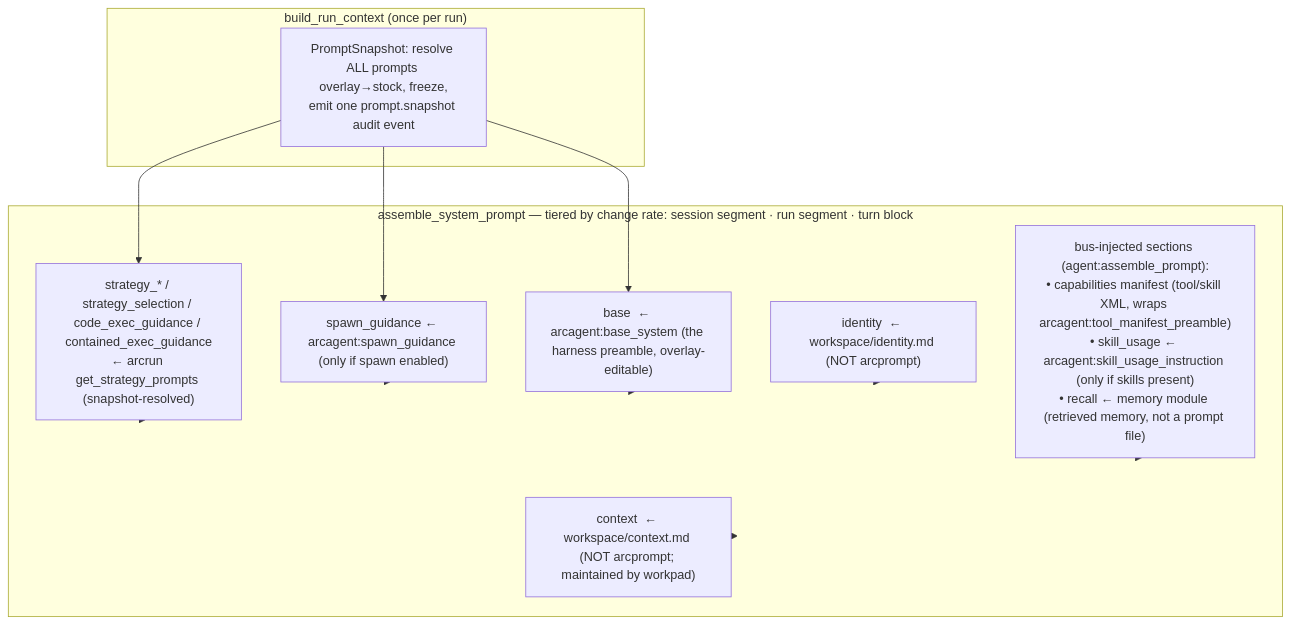
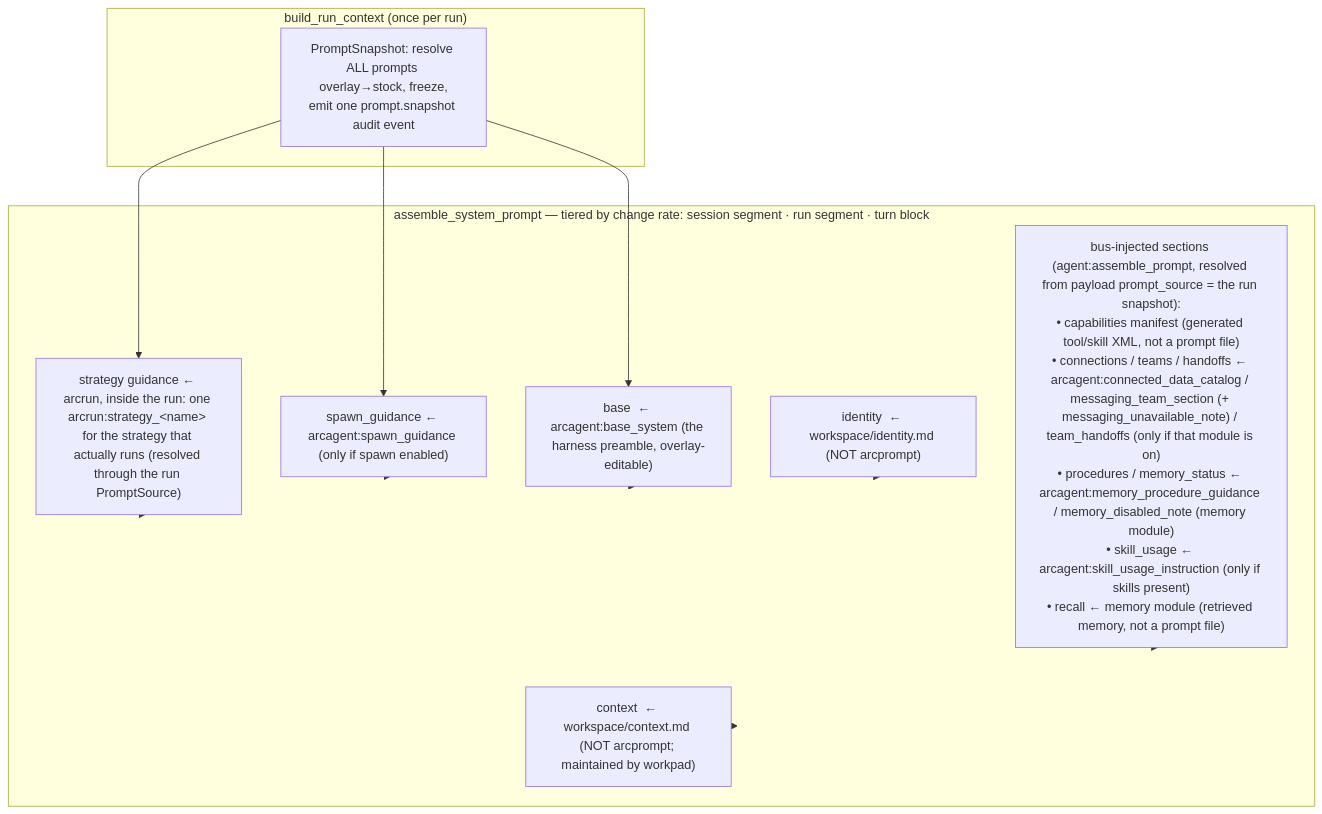
Before and after one commit to joshuamschultz/Arc: the diagram in docs/reference/prompts.md, drawn with Mermaid. The commit also changed other lines of this file and 214 other files, not shown here.

````diff
--- a/docs/reference/prompts.md
+++ b/docs/reference/prompts.md
@@ -54,20 +54,20 @@
 ```mermaid
 flowchart TB
     subgraph RUNSTART["build_run_context (once per run)"]
       SNAP["PromptSnapshot: resolve ALL prompts overlay→stock, freeze,<br/>emit one prompt.snapshot audit event"]
     end
     subgraph ASSEMBLE["assemble_system_prompt — tiered by change rate: session segment · run segment · turn block"]
       BASE["base  ← arcagent:base_system (the harness preamble, overlay-editable)"]
       ID["identity  ← workspace/identity.md (NOT arcprompt)"]
-      BUS["bus-injected sections (agent:assemble_prompt):<br/>• capabilities manifest (tool/skill XML, wraps arcagent:tool_manifest_preamble)<br/>• skill_usage ← arcagent:skill_usage_instruction (only if skills present)<br/>• recall ← memory module (retrieved memory, not a prompt file)"]
-      STRAT["strategy_* / strategy_selection / code_exec_guidance / contained_exec_guidance<br/>← arcrun get_strategy_prompts (snapshot-resolved)"]
+      BUS["bus-injected sections (agent:assemble_prompt, resolved from payload prompt_source = the run snapshot):<br/>• capabilities manifest (generated tool/skill XML, not a prompt file)<br/>• connections / teams / handoffs ← arcagent:connected_data_catalog / messaging_team_section (+ messaging_unavailable_note) / team_handoffs (only if that module is on)<br/>• procedures / memory_status ← arcagent:memory_procedure_guidance / memory_disabled_note (memory module)<br/>• skill_usage ← arcagent:skill_usage_instruction (only if skills present)<br/>• recall ← memory module (retrieved memory, not a prompt file)"]
+      STRAT["strategy guidance ← arcrun, inside the run: one arcrun:strategy_&lt;name&gt; for the strategy that actually runs (resolved through the run PromptSource)"]
       SPAWN["spawn_guidance ← arcagent:spawn_guidance (only if spawn enabled)"]
       CTX["context  ← workspace/context.md (NOT arcprompt; maintained by workpad)"]
     end
     SNAP --> STRAT --> ASSEMBLE
     SNAP --> SPAWN --> ASSEMBLE
     SNAP --> BASE --> ASSEMBLE
     ID --> ASSEMBLE
     BUS --> ASSEMBLE
     CTX --> ASSEMBLE
 ```
````
